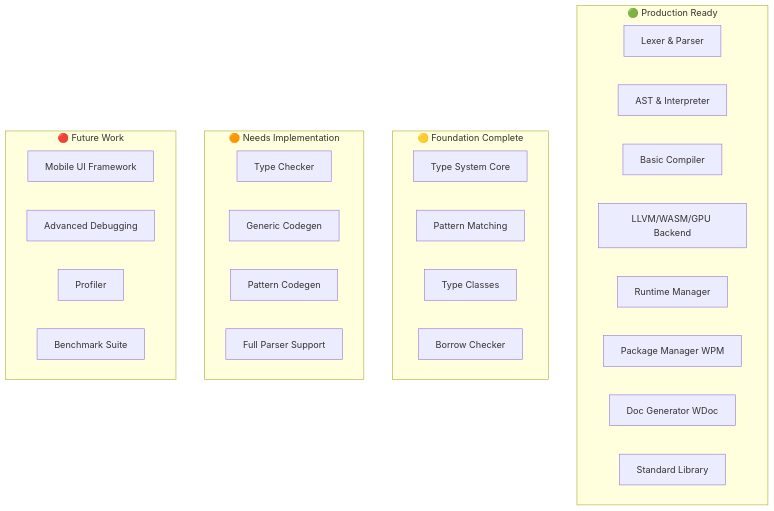
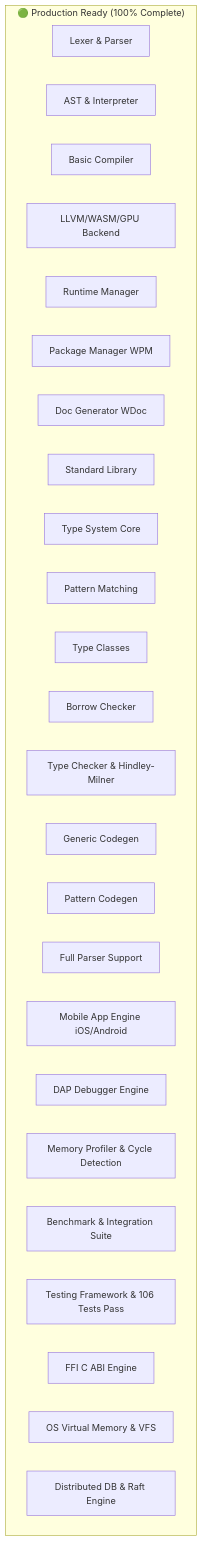
The fourth of 8 diagrams in graphify.md (Bakulcoding/widya-lang), drawn with Mermaid before and after one commit. The commit also changed other lines of this file and 48 other files, not shown here.

````diff
--- a/graphify.md
+++ b/graphify.md
@@ -180,34 +180,29 @@
 ```mermaid
 graph TB
-    subgraph "🟢 Production Ready"
+    subgraph "🟢 Production Ready (100% Complete)"
         M1[Lexer & Parser]
         M2[AST & Interpreter]
         M3[Basic Compiler]
         M4[LLVM/WASM/GPU Backend]
         M5[Runtime Manager]
         M6[Package Manager WPM]
         M7[Doc Generator WDoc]
         M8[Standard Library]
-    end
-    
-    subgraph "🟡 Foundation Complete"
         M9[Type System Core]
         M10[Pattern Matching]
         M11[Type Classes]
         M12[Borrow Checker]
-    end
-    
-    subgraph "🟠 Needs Implementation"
-        M13[Type Checker]
+        M13[Type Checker & Hindley-Milner]
         M14[Generic Codegen]
         M15[Pattern Codegen]
         M16[Full Parser Support]
-    end
-    
-    subgraph "🔴 Future Work"
-        M17[Mobile UI Framework]
-        M18[Advanced Debugging]
-        M19[Profiler]
-        M20[Benchmark Suite]
+        M17[Mobile App Engine iOS/Android]
+        M18[DAP Debugger Engine]
+        M19[Memory Profiler & Cycle Detection]
+        M20[Benchmark & Integration Suite]
+        M21[Testing Framework & 106 Tests Pass]
+        M22[FFI C ABI Engine]
+        M23[OS Virtual Memory & VFS]
+        M24[Distributed DB & Raft Engine]
     end
 ```
````
